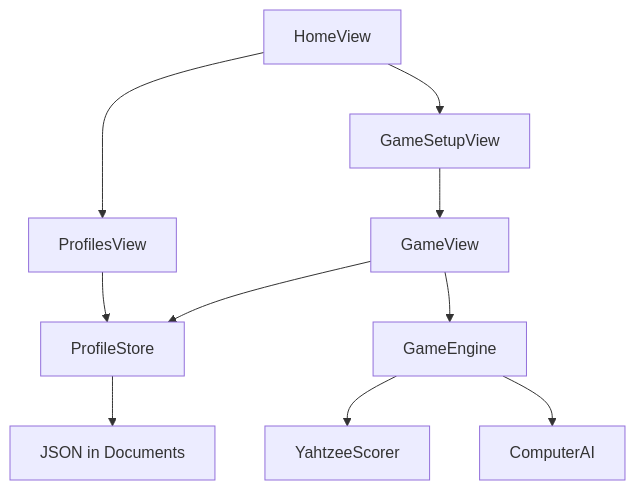
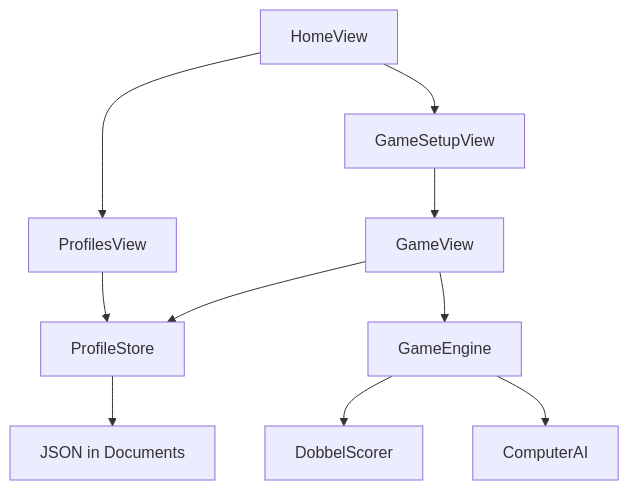
The diagram in PLAN.md (PIVO7/Dobbel), drawn with Mermaid before and after one commit. The commit also changed other lines of this file and 122 other files, not shown here.

````diff
--- a/PLAN.md
+++ b/PLAN.md
@@ -33,12 +33,12 @@
 ```mermaid
 flowchart TD
     Home[HomeView] --> Profiles[ProfilesView]
     Home --> Setup[GameSetupView]
     Setup --> Game[GameView]
     Game --> Engine[GameEngine]
-    Engine --> Scorer[YahtzeeScorer]
+    Engine --> Scorer[DobbelScorer]
     Engine --> AI[ComputerAI]
     Profiles --> Store[ProfileStore]
     Game --> Store
     Store --> Disk[JSON in Documents]
 ```
````
